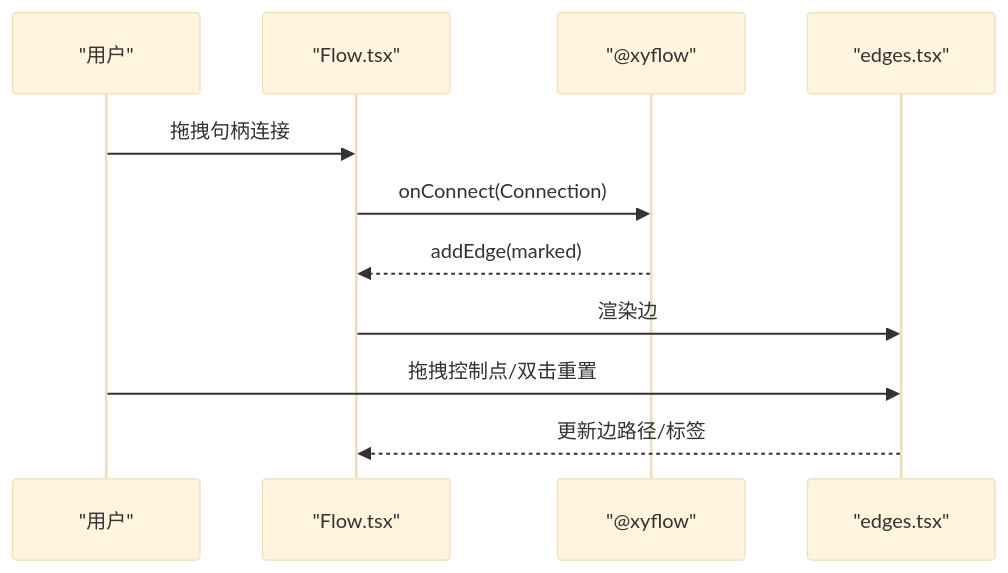
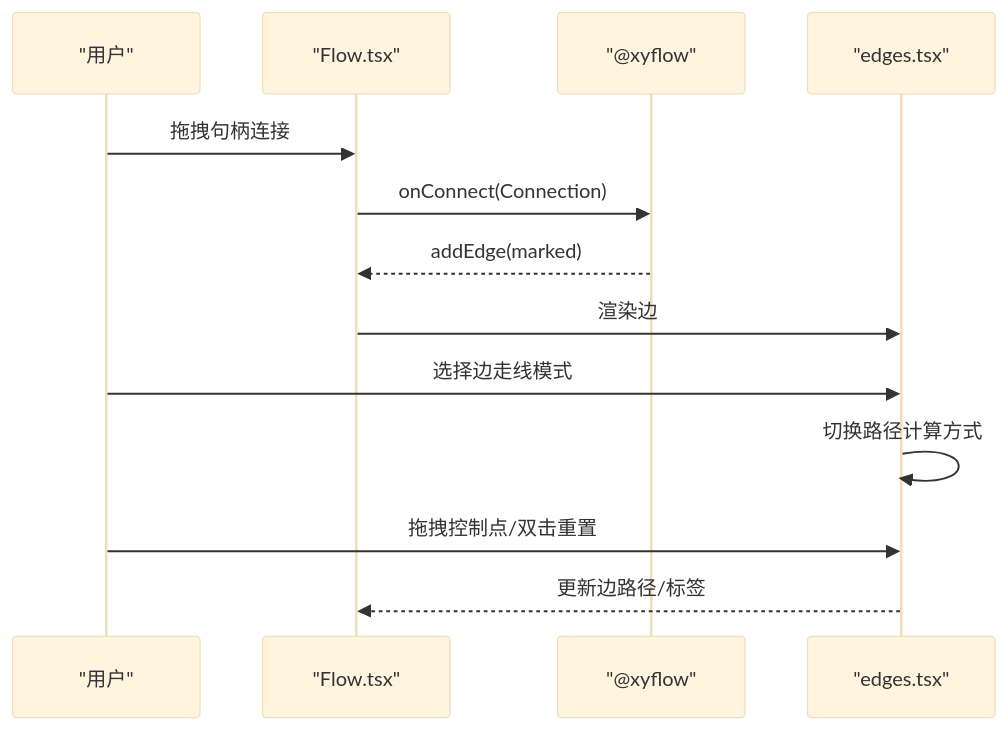
The fifth of 10 diagrams in .qoder/repowiki/zh/content/工作流编辑器/工作流编辑器.md (kqcoxn/MaaPipelineEditor), drawn with Mermaid (base theme) before and after one commit. The commit also changed other lines of this file and 3 other files, not shown here.

````diff
--- a/.qoder/repowiki/zh/content/工作流编辑器/工作流编辑器.md
+++ b/.qoder/repowiki/zh/content/工作流编辑器/工作流编辑器.md
@@ -272,13 +314,15 @@
 ```mermaid
 sequenceDiagram
 participant U as "用户"
 participant F as "Flow.tsx"
 participant RF as "@xyflow"
 participant E as "edges.tsx"
 U->>F : 拖拽句柄连接
 F->>RF : onConnect(Connection)
 RF-->>F : addEdge(marked)
 F->>E : 渲染边
+U->>E : 选择边走线模式
+E->>E : 切换路径计算方式
 U->>E : 拖拽控制点/双击重置
 E-->>F : 更新边路径/标签
 ```
````
